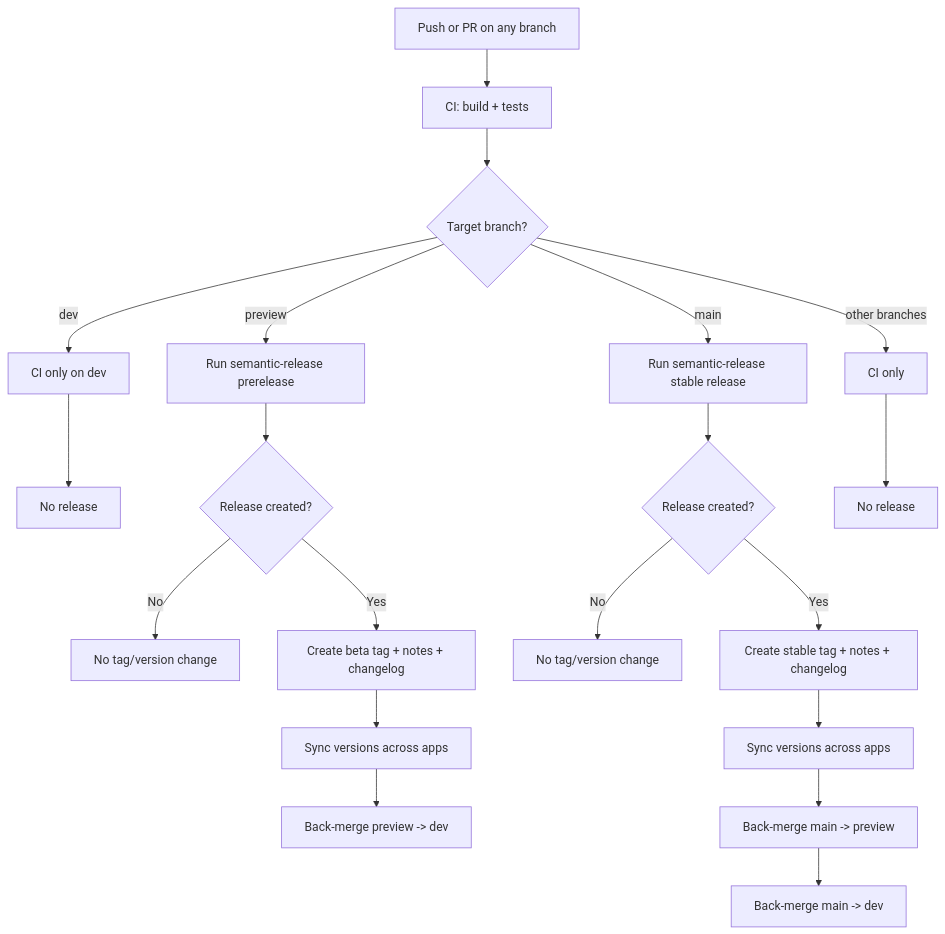
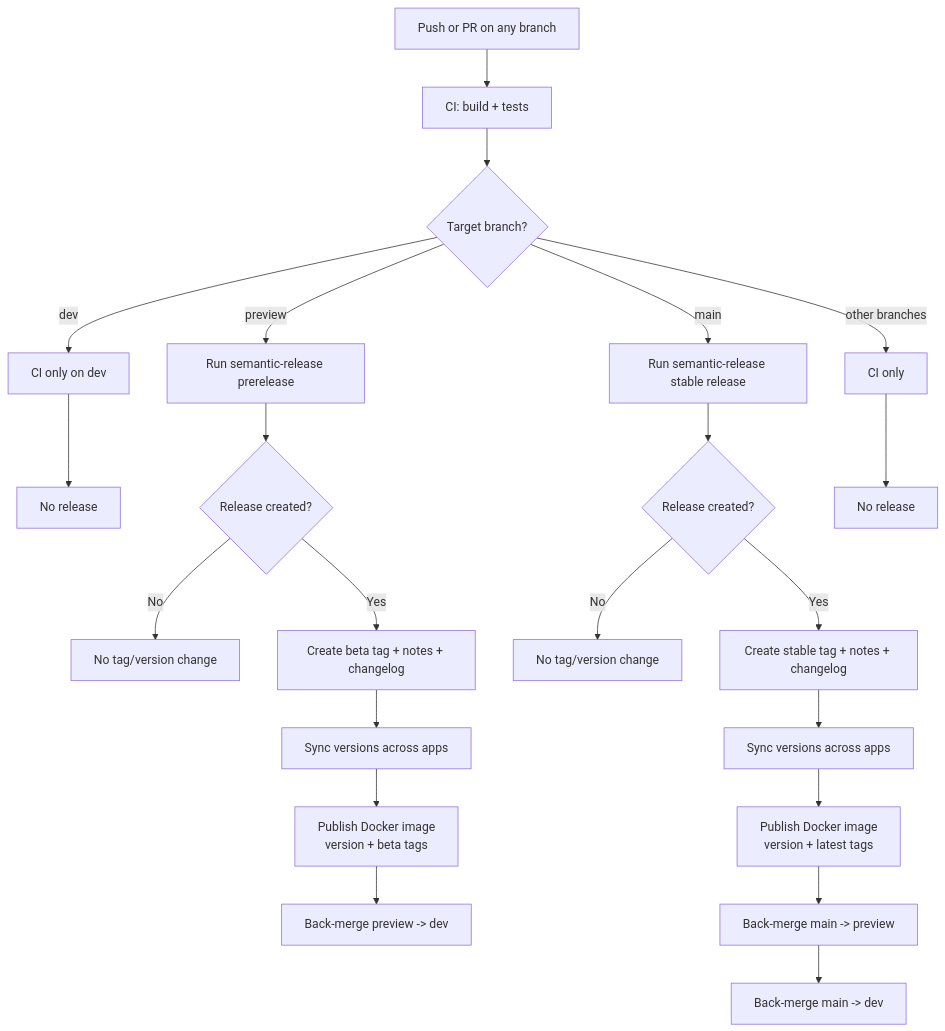
Before and after one commit to Omar-Abduh/isle: the first of 2 diagrams in docs/ci-cd-semantic.md, drawn with Mermaid. The commit also changed other lines of this file and 4 other files, not shown here.

Commit message:
ci: enhance Docker image publishing and update release workflow

````diff
--- a/docs/ci-cd-semantic.md
+++ b/docs/ci-cd-semantic.md
@@ -22,26 +22,28 @@
 ```mermaid
 flowchart TD
   A[Push or PR on any branch] --> B[CI: build + tests]
   B --> C{Target branch?}
 
   C -- dev --> D[CI only on dev]
   D --> E[No release]
 
   C -- preview --> F[Run semantic-release prerelease]
   F --> G{Release created?}
   G -- No --> H[No tag/version change]
   G -- Yes --> I[Create beta tag + notes + changelog]
   I --> J[Sync versions across apps]
-  J --> K[Back-merge preview -> dev]
+  J --> J1[Publish Docker image\nversion + beta tags]
+  J1 --> K[Back-merge preview -> dev]
 
   C -- main --> L[Run semantic-release stable release]
   L --> M{Release created?}
   M -- No --> N[No tag/version change]
   M -- Yes --> O[Create stable tag + notes + changelog]
   O --> P[Sync versions across apps]
-  P --> Q[Back-merge main -> preview]
+  P --> P1[Publish Docker image\nversion + latest tags]
+  P1 --> Q[Back-merge main -> preview]
   Q --> R[Back-merge main -> dev]
 
   C -- other branches --> S[CI only]
   S --> T[No release]
 ```
````
